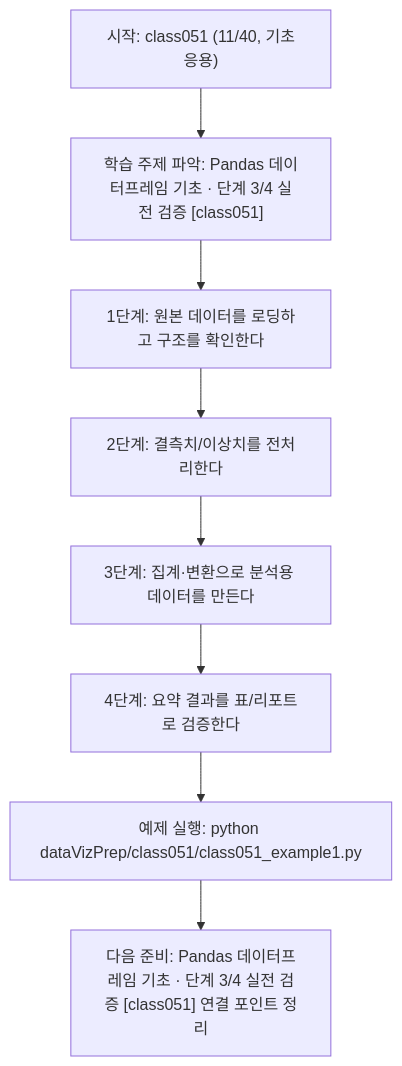
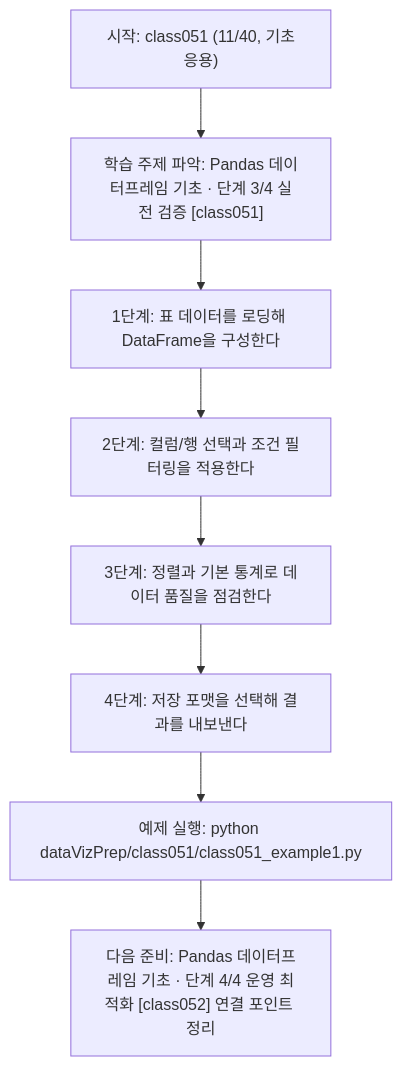
One commit to edumgt/Python-AI_Agent-Class changed the diagram in dataVizPrep/class051/class051.md. Above: the diagram before and after it, drawn with Mermaid. The commit also changed other lines of this file and 283 other files, not shown here.

````diff
--- a/dataVizPrep/class051/class051.md
+++ b/dataVizPrep/class051/class051.md
@@ -111,18 +92,18 @@
 ```mermaid
 flowchart TD
 N1["시작: class051 (11/40, 기초응용)"]
 N2["학습 주제 파악: Pandas 데이터프레임 기초 · 단계 3/4 실전 검증 [class051]"]
-N3["1단계: 원본 데이터를 로딩하고 구조를 확인한다"]
-N4["2단계: 결측치/이상치를 전처리한다"]
-N5["3단계: 집계·변환으로 분석용 데이터를 만든다"]
-N6["4단계: 요약 결과를 표/리포트로 검증한다"]
+N3["1단계: 표 데이터를 로딩해 DataFrame을 구성한다"]
+N4["2단계: 컬럼/행 선택과 조건 필터링을 적용한다"]
+N5["3단계: 정렬과 기본 통계로 데이터 품질을 점검한다"]
+N6["4단계: 저장 포맷을 선택해 결과를 내보낸다"]
 N7["예제 실행: python dataVizPrep/class051/class051_example1.py"]
-N8["다음 준비: Pandas 데이터프레임 기초 · 단계 3/4 실전 검증 [class051] 연결 포인트 정리"]
+N8["다음 준비: Pandas 데이터프레임 기초 · 단계 4/4 운영 최적화 [class052] 연결 포인트 정리"]
 N1 --> N2
 N2 --> N3
 N3 --> N4
 N4 --> N5
 N5 --> N6
 N6 --> N7
 N7 --> N8
 ```
````
